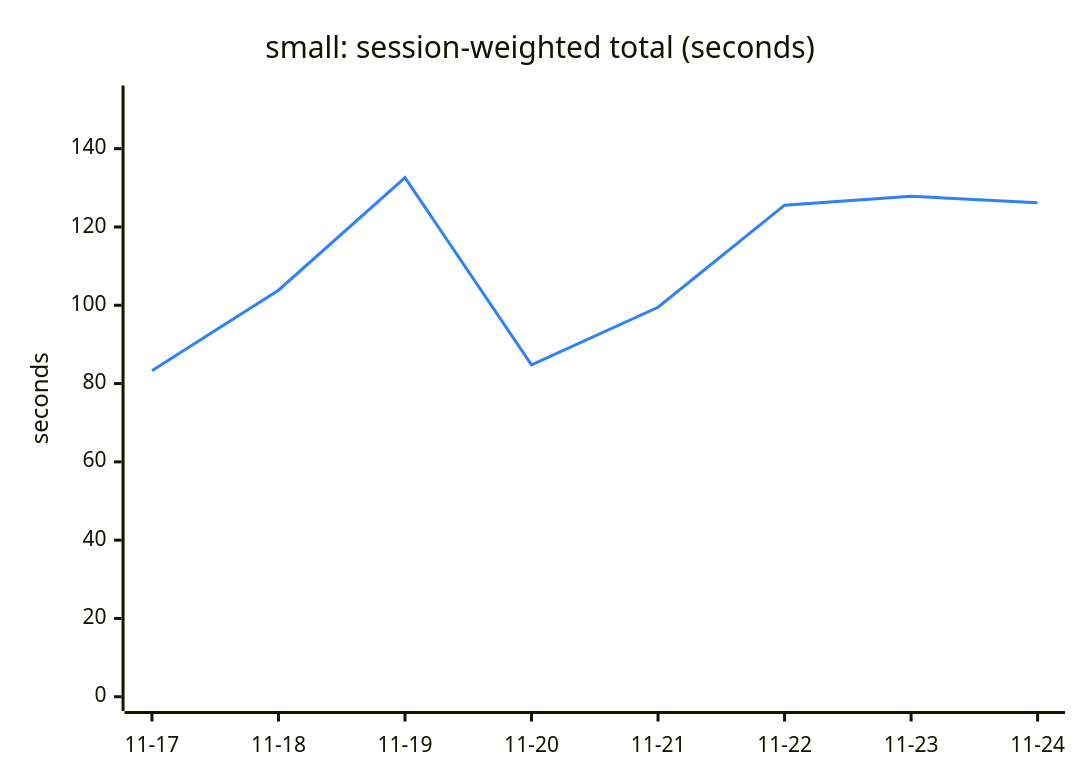
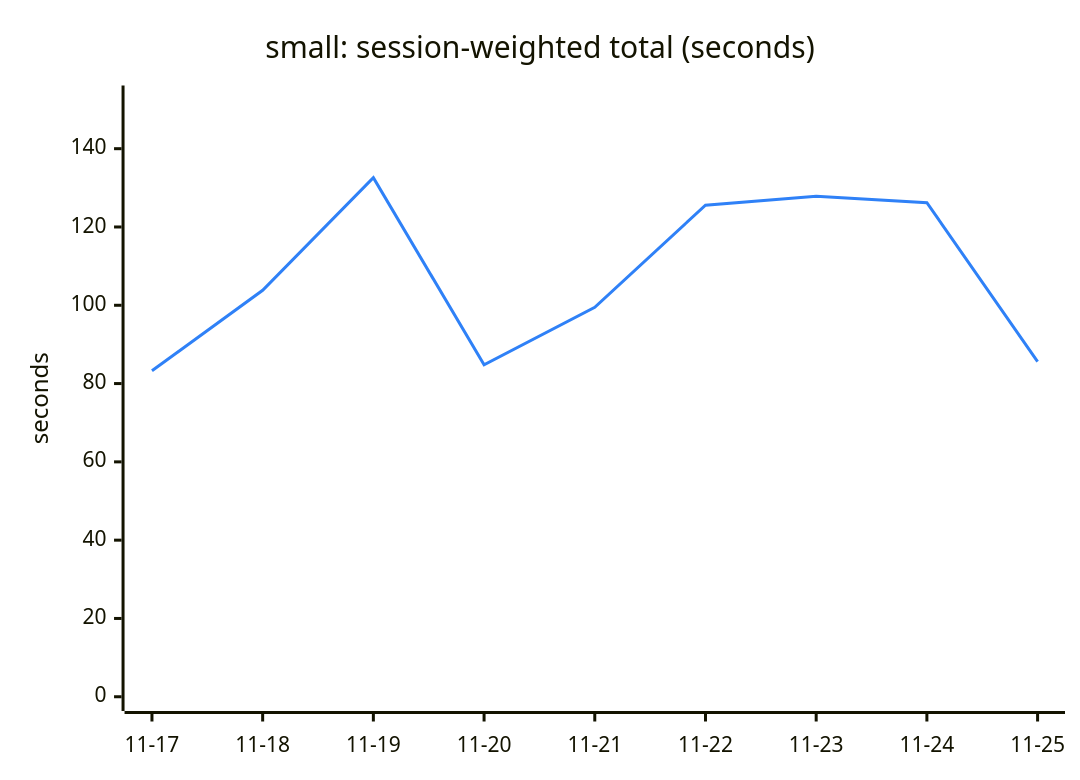
One commit to Ricovl/mxcli changed the first of 6 diagrams in TREND.md. Above: the diagram before and after it, drawn with Mermaid. The commit also changed other lines of this file and 2 other files, not shown here.

````diff
--- a/TREND.md
+++ b/TREND.md
@@ -13,13 +13,13 @@
 ```mermaid
 ---
 config:
   themeVariables:
     xyChart:
       plotColorPalette: "#2f81f7"
 ---
 xychart-beta
     title "small: session-weighted total (seconds)"
-    x-axis ["11-17", "11-18", "11-19", "11-20", "11-21", "11-22", "11-23", "11-24"]
+    x-axis ["11-17", "11-18", "11-19", "11-20", "11-21", "11-22", "11-23", "11-24", "11-25"]
     y-axis "seconds" 0 --> 152.50
-    line [83.27, 103.84, 132.61, 84.80, 99.49, 125.58, 127.85, 126.22]
+    line [83.27, 103.84, 132.61, 84.80, 99.49, 125.58, 127.85, 126.22, 85.63]
 ```
````
